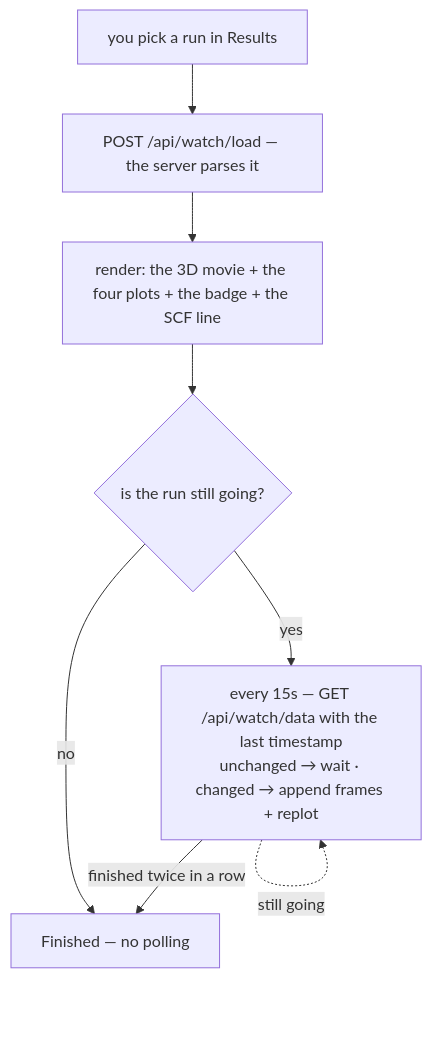
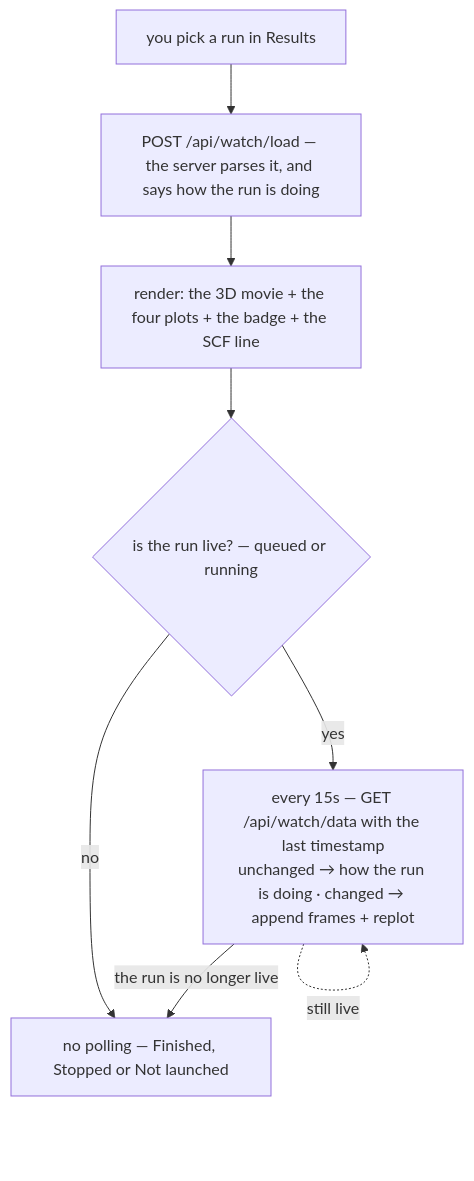
The diagram in docs/web/trajectory.md (Qing-LAB/molbuilder), drawn with Mermaid before and after one commit. The commit also changed other lines of this file and 22 other files, not shown here.

````diff
--- a/docs/web/trajectory.md
+++ b/docs/web/trajectory.md
@@ -180,10 +186,10 @@
 ```mermaid
 flowchart TD
-  P["you pick a run in Results"] --> LOAD["POST /api/watch/load — the server parses it"]
+  P["you pick a run in Results"] --> LOAD["POST /api/watch/load — the server parses it, and says how the run is doing"]
   LOAD --> R["render: the 3D movie + the four plots + the badge + the SCF line"]
-  R --> Q{"is the run still going?"}
-  Q -->|"no"| DONE["Finished — no polling"]
-  Q -->|"yes"| POLL["every 15s — GET /api/watch/data with the last timestamp<br/>unchanged → wait · changed → append frames + replot"]
-  POLL -->|"finished twice in a row"| DONE
-  POLL -.->|"still going"| POLL
+  R --> Q{"is the run live? — queued or running"}
+  Q -->|"no"| DONE["no polling — Finished, Stopped or Not launched"]
+  Q -->|"yes"| POLL["every 15s — GET /api/watch/data with the last timestamp<br/>unchanged → how the run is doing · changed → append frames + replot"]
+  POLL -->|"the run is no longer live"| DONE
+  POLL -.->|"still live"| POLL
 ```
````
